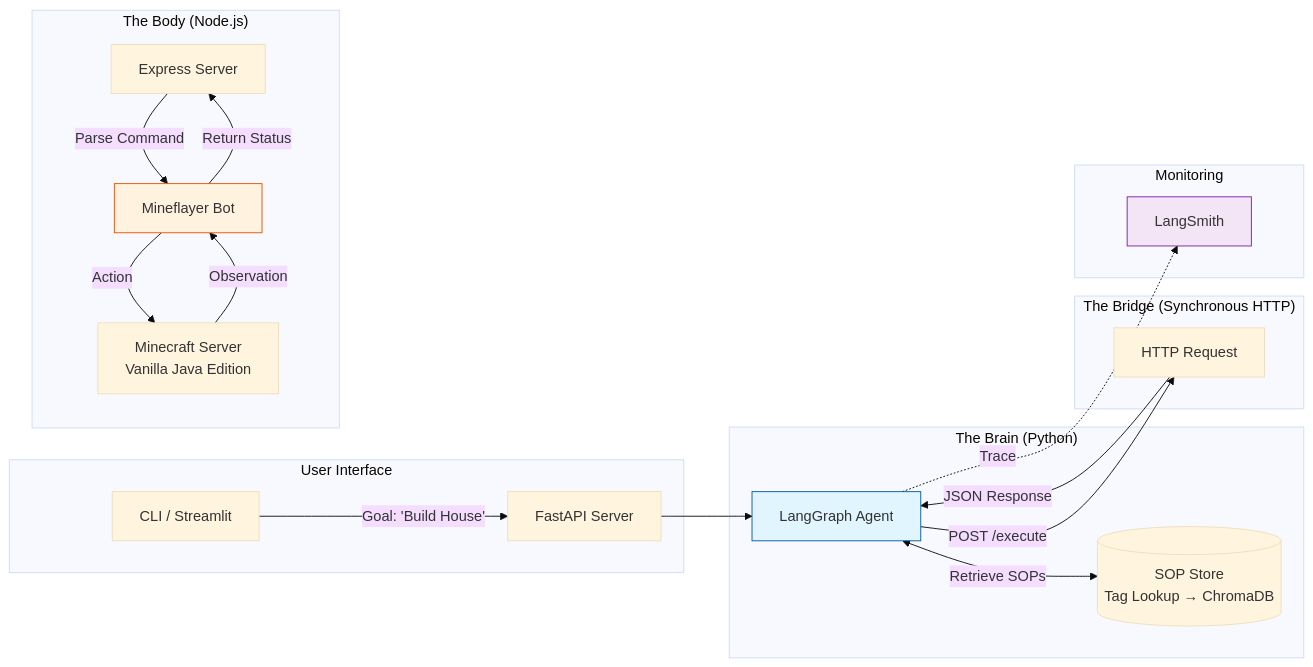
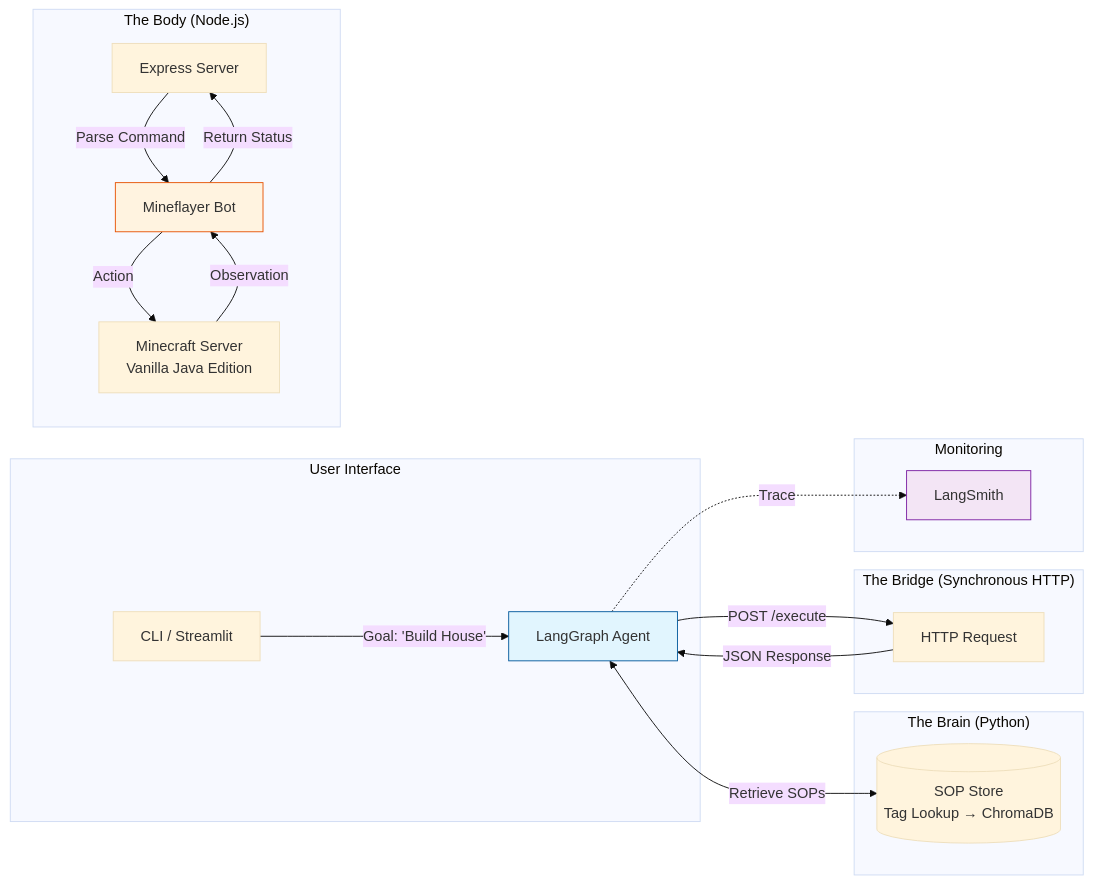
Before and after one commit to domini04/minecraft-agent: the first of 2 diagrams in docs/TECHNICAL_BLUEPRINT.md, drawn with Mermaid (base theme). The commit also changed other lines of this file, not shown here.

````diff
--- a/docs/TECHNICAL_BLUEPRINT.md
+++ b/docs/TECHNICAL_BLUEPRINT.md
@@ -80,31 +84,31 @@
 ```mermaid
 graph LR
     subgraph "User Interface"
-        UI[CLI / Streamlit] -->|"Goal: 'Build House'"| API[FastAPI Server]
+        UI[CLI / Streamlit] -->|"Goal: 'Build House'"| LG
     end
 
     subgraph "The Brain (Python)"
-        API --> LG[LangGraph Agent]
+        LG[LangGraph Agent]
         LG <-->|"Retrieve SOPs"| SOP[(SOP Store\nTag Lookup → ChromaDB)]
     end
 
     subgraph "The Bridge (Synchronous HTTP)"
         LG -->|"POST /execute"| Bridge[HTTP Request]
         Bridge -->|"JSON Response"| LG
     end
 
     subgraph "The Body (Node.js)"
         Server[Express Server] -->|"Parse Command"| Bot[Mineflayer Bot]
         Bot -->|"Action"| MC[Minecraft Server\nVanilla Java Edition]
         MC -->|"Observation"| Bot
         Bot -->|"Return Status"| Server
     end
 
     subgraph "Monitoring"
         LG -.->|"Trace"| LS[LangSmith]
     end
 
     style LG fill:#e1f5fe,stroke:#01579b
     style Bot fill:#fff3e0,stroke:#e65100
     style LS fill:#f3e5f5,stroke:#7b1fa2
 ```
````
